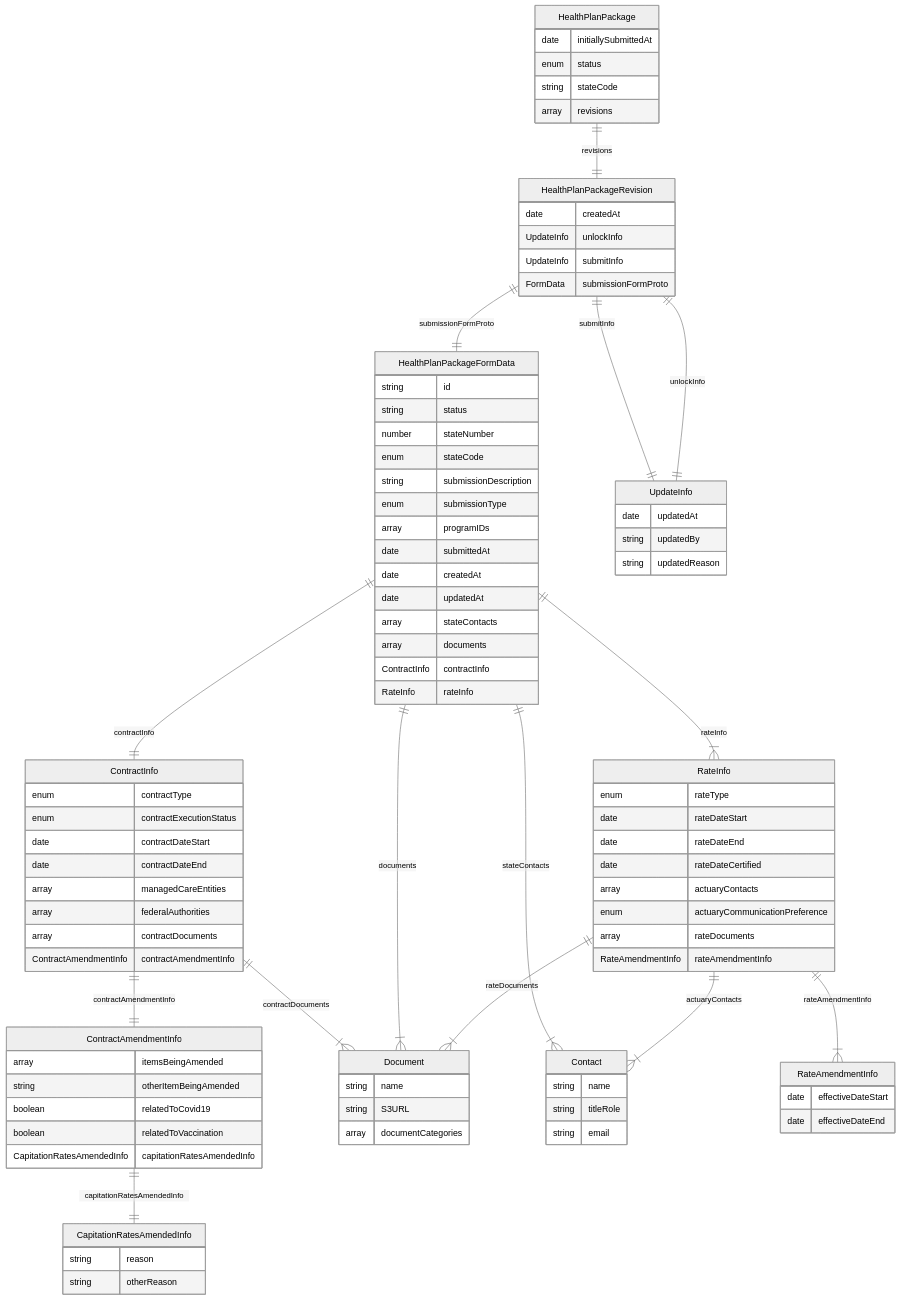
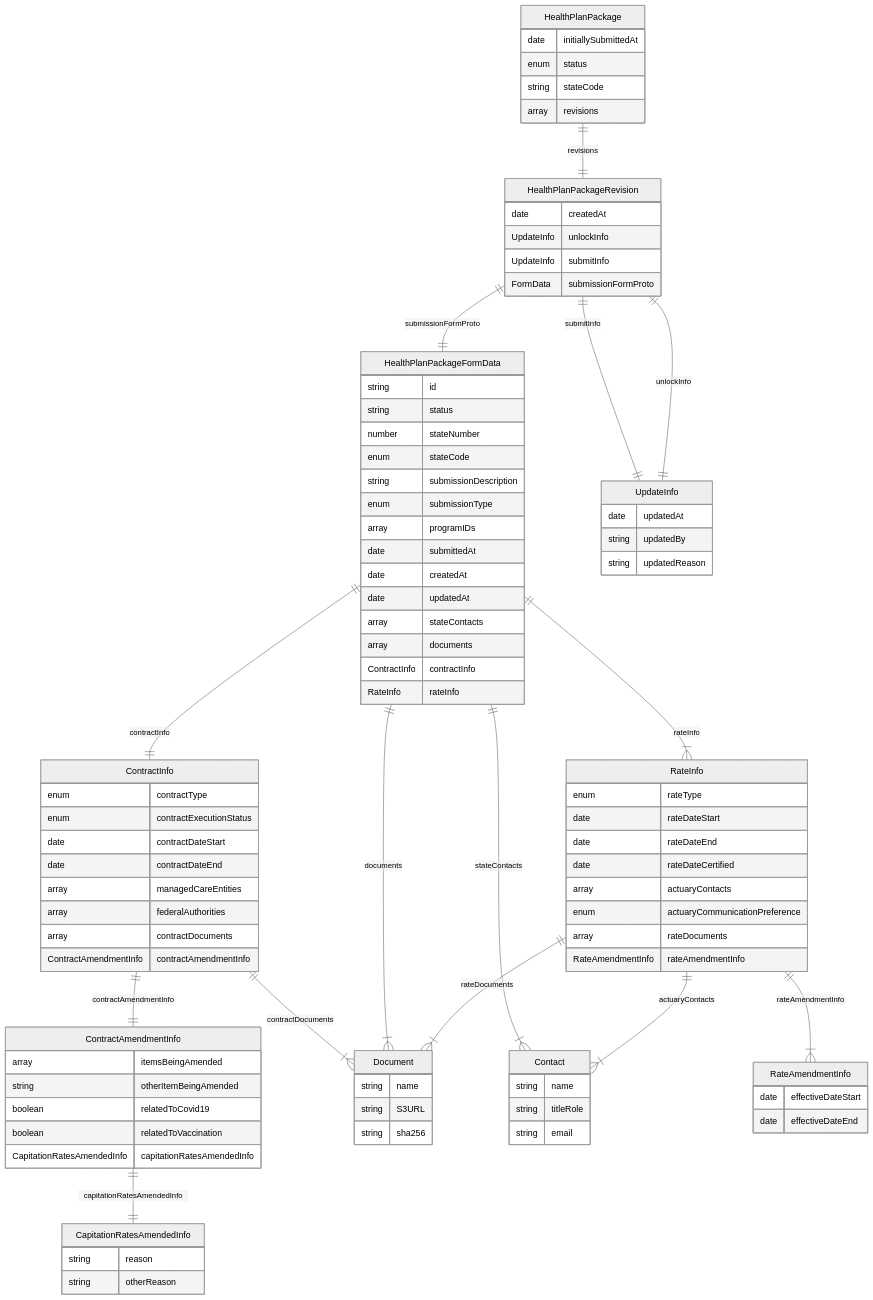
The second of 2 diagrams in docs/technical-design/submission-diagram.md (Enterprise-CMCS/managed-care-review), drawn with Mermaid (neutral theme) before and after one commit. The commit also changed 67 other files, not shown here.

Commit message:
Remove documentCategories from application

```diff
--- a/docs/technical-design/submission-diagram.md
+++ b/docs/technical-design/submission-diagram.md
@@ -97,7 +97,7 @@
 Document {
     string name
     string S3URL
-    array documentCategories
+    string sha256
 }
 
 
```
